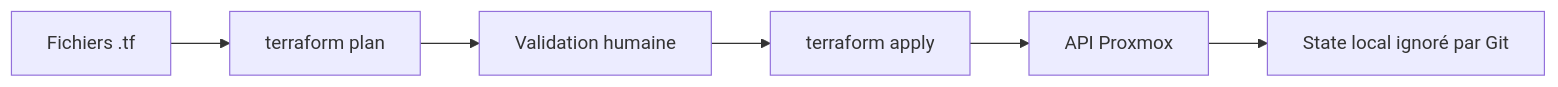
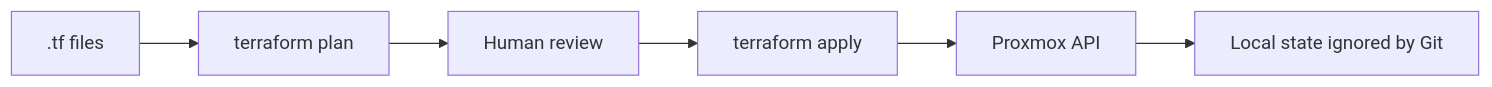
The fourth of 7 diagrams in README.md (xbkh/showroom-hp-infrastructure), drawn with Mermaid before and after one commit. The commit also changed other lines of this file, not shown here.

````diff
--- a/README.md
+++ b/README.md
@@ -751,8 +755,8 @@
 ```mermaid
 flowchart LR
-    HCL[Fichiers .tf] --> Plan[terraform plan]
-    Plan --> Review[Validation humaine]
+    HCL[.tf files] --> Plan[terraform plan]
+    Plan --> Review[Human review]
     Review --> Apply[terraform apply]
-    Apply --> PVE[API Proxmox]
-    PVE --> State[State local ignoré par Git]
+    Apply --> PVE[Proxmox API]
+    PVE --> State[Local state ignored by Git]
 ```
````
